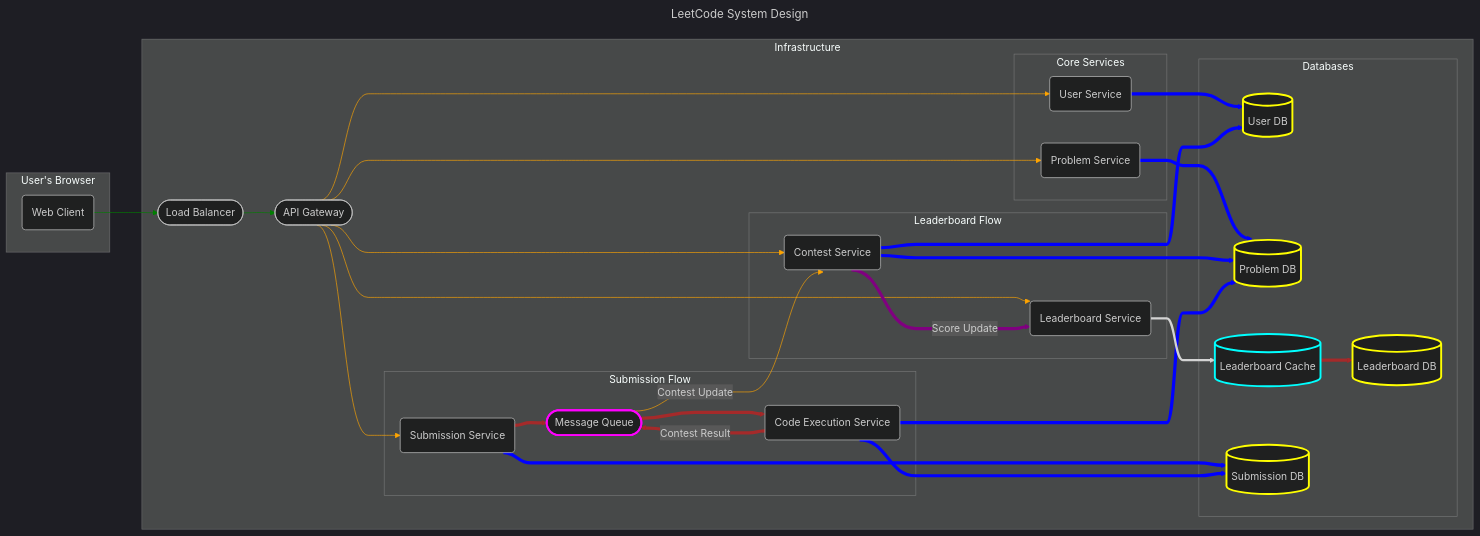
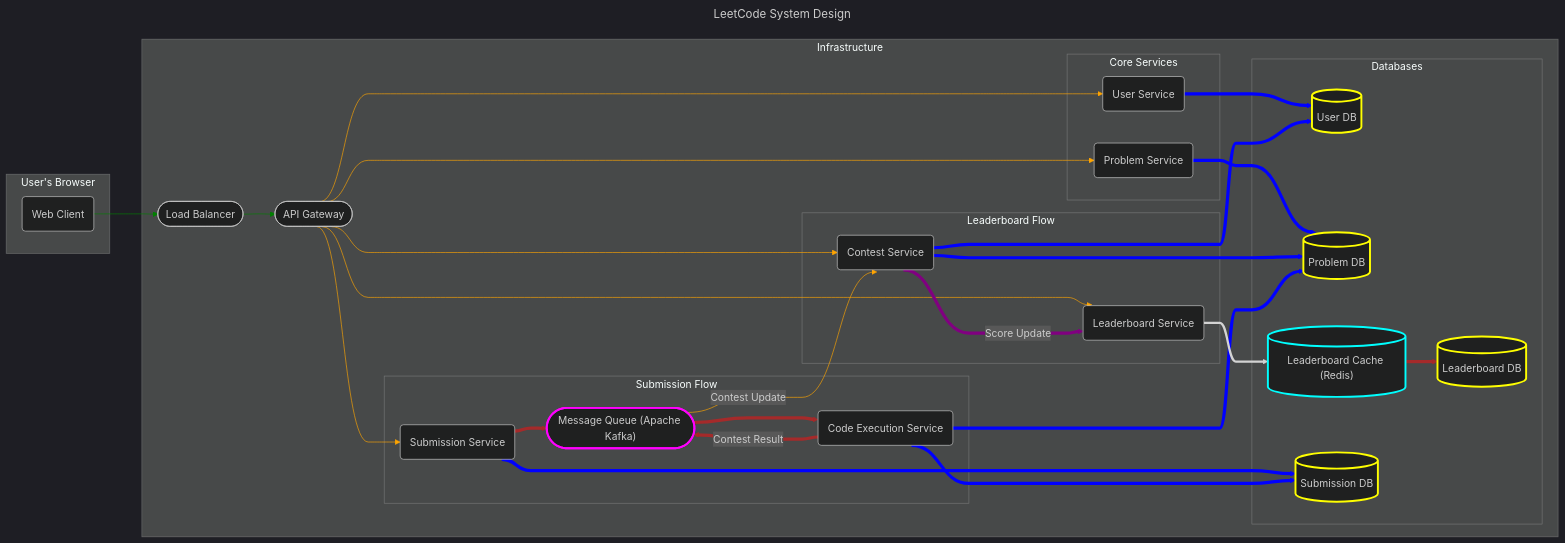
Before and after one commit to linushsianghung/systemdesign: the diagram in Case Studies/LeetCode.md, drawn with Mermaid. The commit also changed other lines of this file and 16 other files, not shown here.

```diff
--- a/Case Studies/LeetCode.md
+++ b/Case Studies/LeetCode.md
@@ -55,7 +55,7 @@
     subgraph "Submission Flow"
         SubmissionService(Submission Service)
         CodeExecutionService(Code Execution Service)
-        MessageQueue([Message Queue])
+        MessageQueue(["Message Queue (Apache Kafka)"])
     end
 
     subgraph "Leaderboard Flow"
@@ -67,7 +67,7 @@
         UserDB[(User DB)]
         ProblemDB[(Problem DB)]
         LeaderboardDB[(Leaderboard DB)]
-        LeaderboardCache[(Leaderboard Cache)]
+        LeaderboardCache[("Leaderboard Cache (Redis)")]
         SubmissionDB[(Submission DB)]
     end
 end
```
